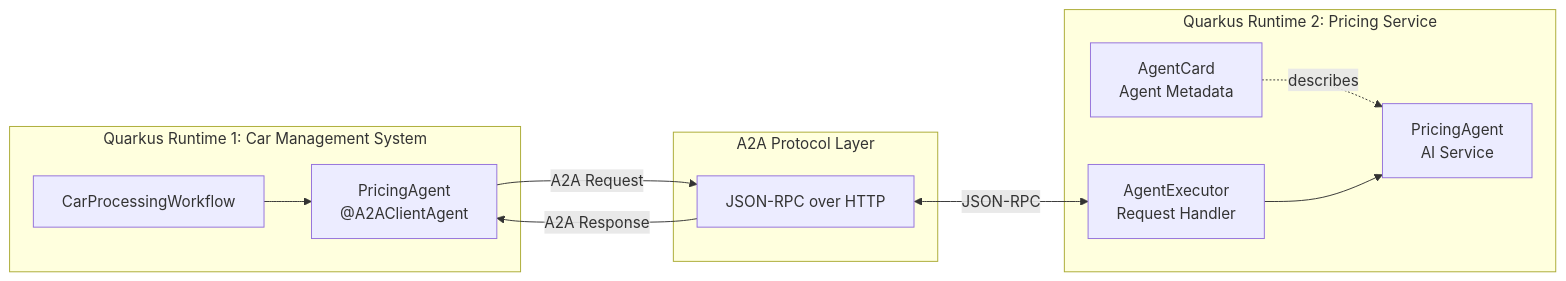
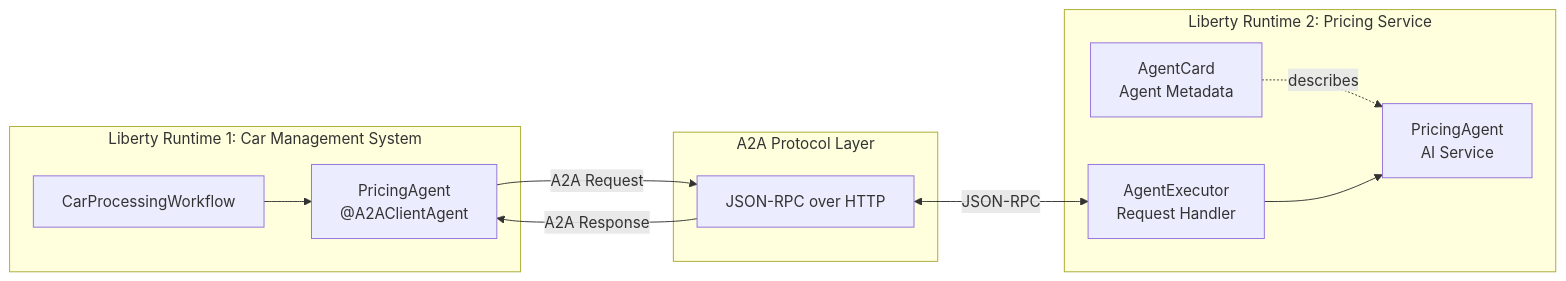
Before and after one commit to OpenLiberty/liberty-workshop-langchain4j: the first of 4 diagrams in docs/docs/section-2/step-07.md, drawn with Mermaid. The commit also changed other lines of this file and 7 other files, not shown here.

````diff
--- a/docs/docs/section-2/step-07.md
+++ b/docs/docs/section-2/step-07.md
@@ -52,26 +59,26 @@
 ```mermaid
 graph LR
-    subgraph "Quarkus Runtime 1: Car Management System"
+    subgraph "Liberty Runtime 1: Car Management System"
         W["CarProcessingWorkflow"]
         PA["PricingAgent<br/>@A2AClientAgent"]
         W --> PA
     end
 
     subgraph "A2A Protocol Layer"
         AP["JSON-RPC over HTTP"]
     end
 
-    subgraph "Quarkus Runtime 2: Pricing Service"
+    subgraph "Liberty Runtime 2: Pricing Service"
         AC["AgentCard<br/>Agent Metadata"]
         AE["AgentExecutor<br/>Request Handler"]
         PAI["PricingAgent<br/>AI Service"]
 
         AC -.describes.-> PAI
         AE --> PAI
     end
 
     PA -->|"A2A Request"| AP
     AP -->|"A2A Response"| PA
     AP <-->|"JSON-RPC"| AE
 
 ```
````
